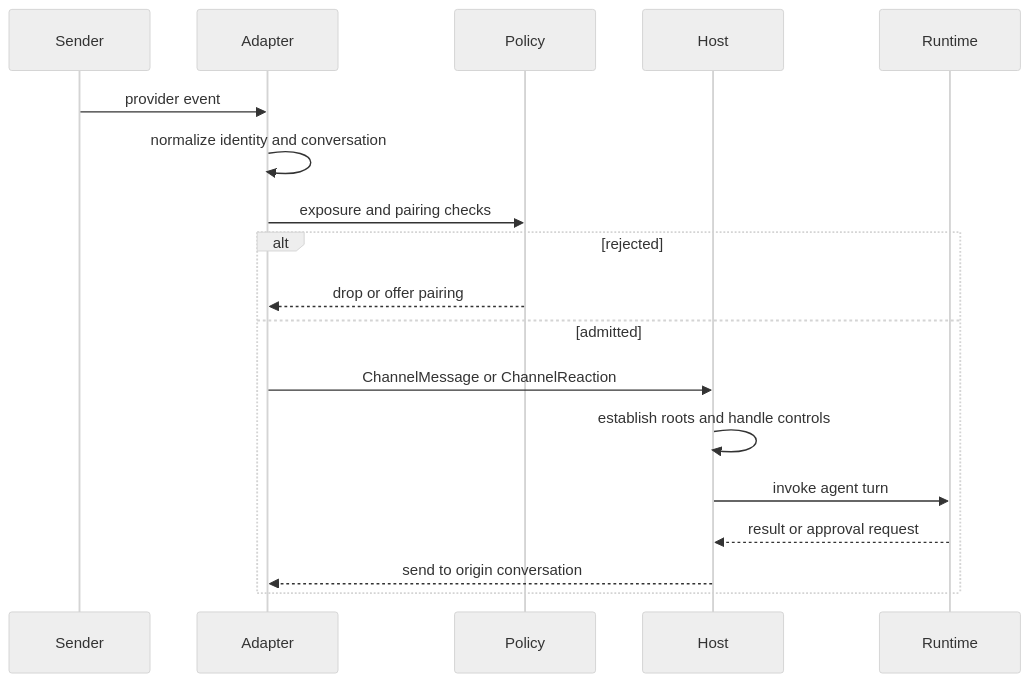
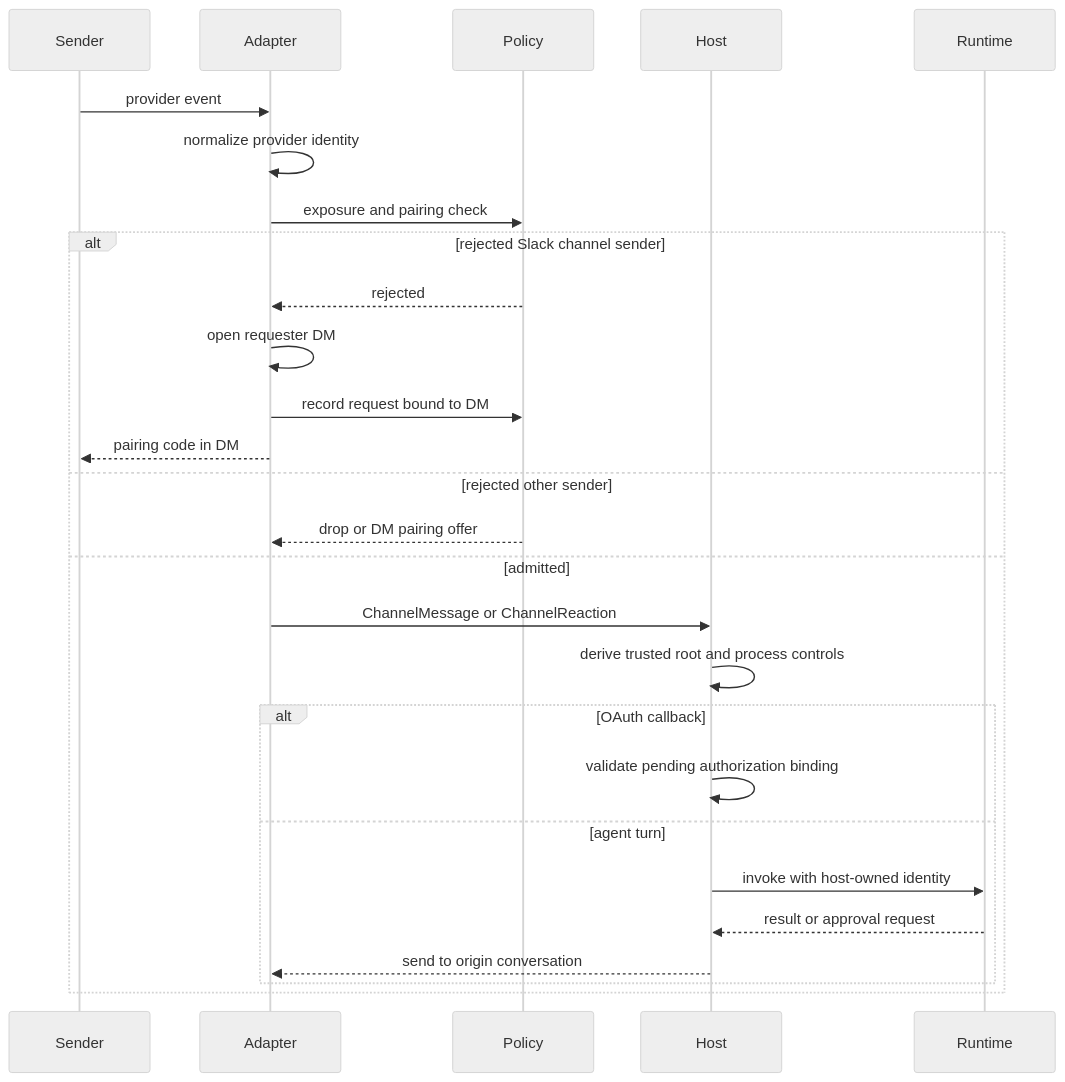
Before and after one commit to langchain-ai/deepagents: the diagram in openwiki/concepts/talon-channel-admission.md, drawn with Mermaid (neutral theme). The commit also changed other lines of this file and 32 other files, not shown here.

````diff
--- a/openwiki/concepts/talon-channel-admission.md
+++ b/openwiki/concepts/talon-channel-admission.md
@@ -51,21 +53,30 @@
 ```mermaid
 sequenceDiagram
     participant Sender
     participant Adapter
     participant Policy
     participant Host
     participant Runtime
 
     Sender->>Adapter: provider event
-    Adapter->>Adapter: normalize identity and conversation
-    Adapter->>Policy: exposure and pairing checks
-    alt rejected
-        Policy-->>Adapter: drop or offer pairing
+    Adapter->>Adapter: normalize provider identity
+    Adapter->>Policy: exposure and pairing check
+    alt rejected Slack channel sender
+        Policy-->>Adapter: rejected
+        Adapter->>Adapter: open requester DM
+        Adapter->>Policy: record request bound to DM
+        Adapter-->>Sender: pairing code in DM
+    else rejected other sender
+        Policy-->>Adapter: drop or DM pairing offer
     else admitted
         Adapter->>Host: ChannelMessage or ChannelReaction
-        Host->>Host: establish roots and handle controls
-        Host->>Runtime: invoke agent turn
-        Runtime-->>Host: result or approval request
-        Host-->>Adapter: send to origin conversation
+        Host->>Host: derive trusted root and process controls
+        alt OAuth callback
+            Host->>Host: validate pending authorization binding
+        else agent turn
+            Host->>Runtime: invoke with host-owned identity
+            Runtime-->>Host: result or approval request
+            Host-->>Adapter: send to origin conversation
+        end
     end
 ```
````
